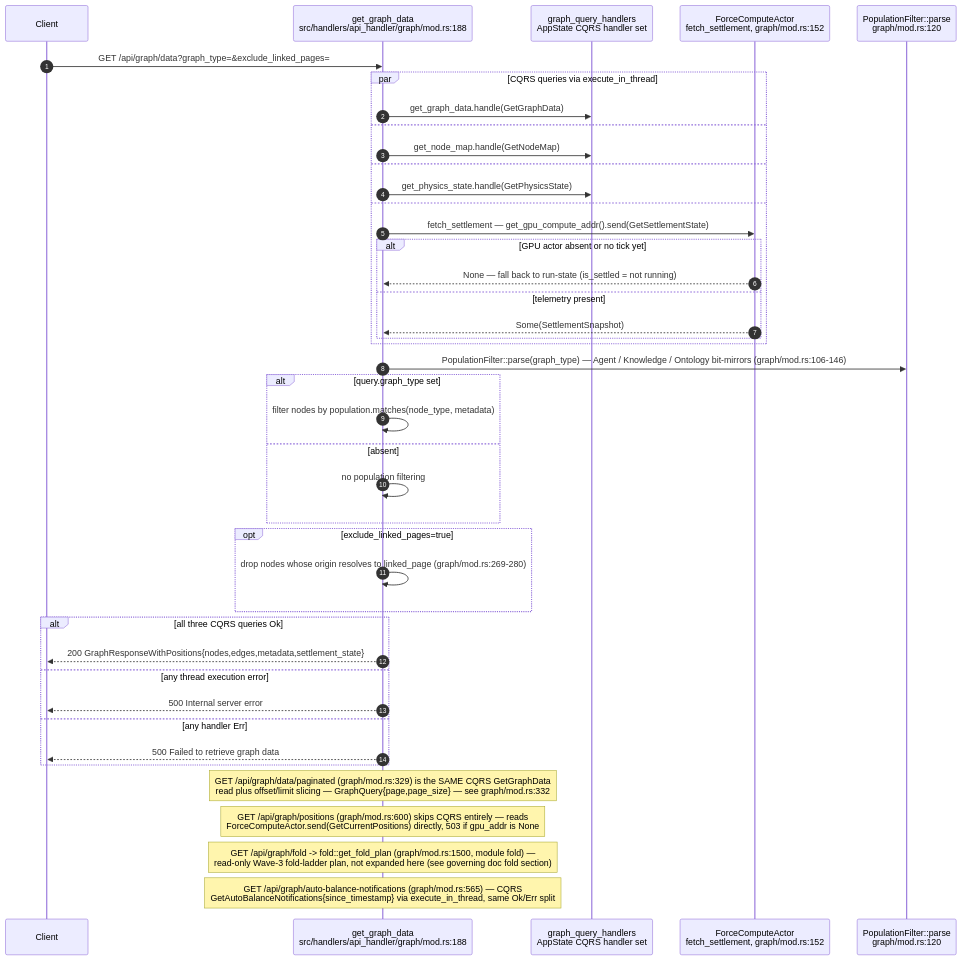
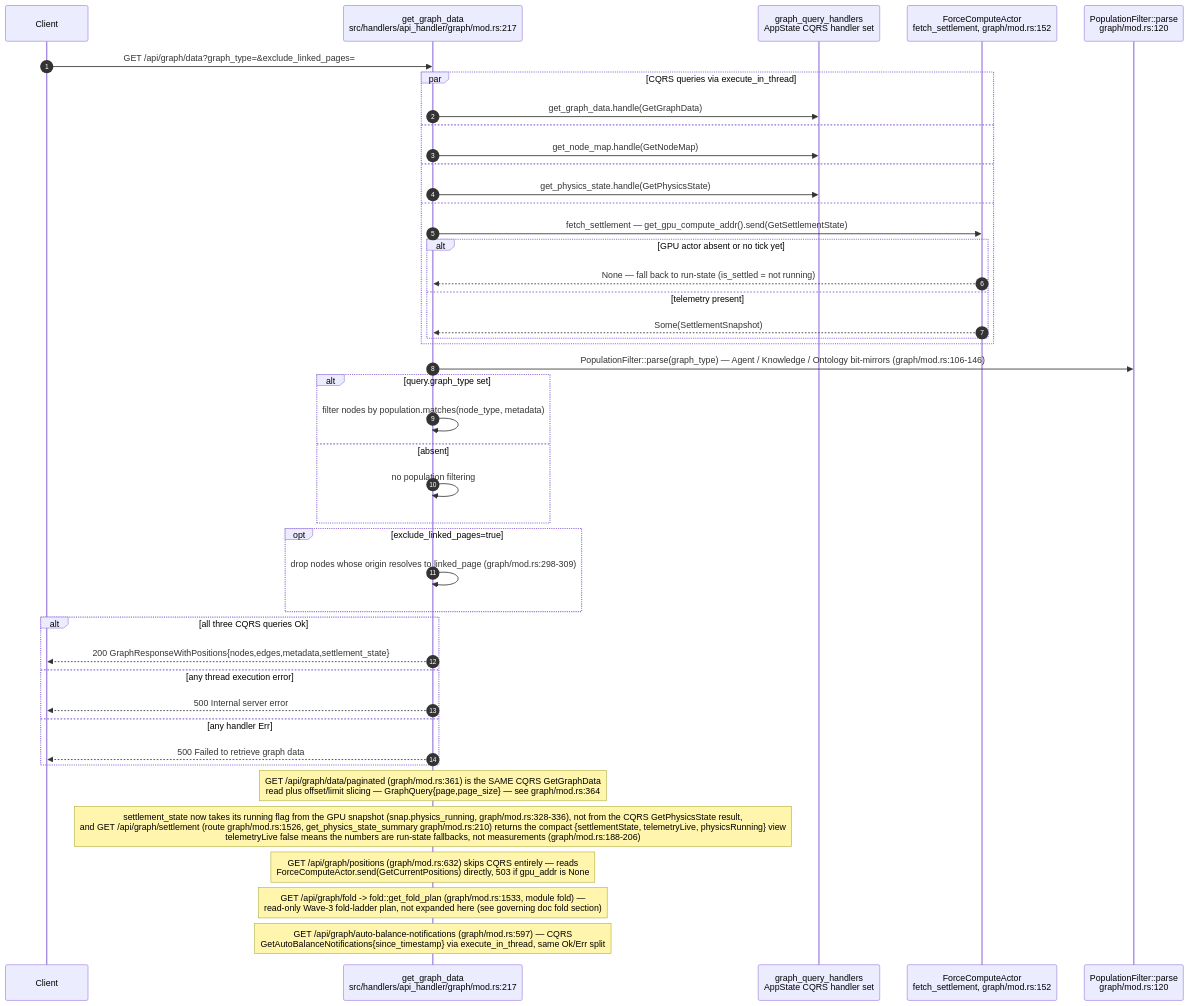
One commit to DreamLab-AI/VisionFlow changed the first of 23 diagrams in docs/diagrams/visionclaw/04-handlers-graph-and-state.md. Above: the diagram before and after it, drawn with Mermaid. The commit also changed other lines of this file and 160 other files, not shown here.

````diff
--- a/docs/diagrams/visionclaw/04-handlers-graph-and-state.md
+++ b/docs/diagrams/visionclaw/04-handlers-graph-and-state.md
@@ -59,45 +59,46 @@
 ```mermaid
 sequenceDiagram
     autonumber
     participant C as Client
-    participant H as get_graph_data<br/>src/handlers/api_handler/graph/mod.rs:188
+    participant H as get_graph_data<br/>src/handlers/api_handler/graph/mod.rs:217
     participant QH as graph_query_handlers<br/>AppState CQRS handler set
     participant GPU as ForceComputeActor<br/>fetch_settlement, graph/mod.rs:152
     participant POP as PopulationFilter::parse<br/>graph/mod.rs:120
 
     C->>H: GET /api/graph/data?graph_type=&exclude_linked_pages=
     par CQRS queries via execute_in_thread
         H->>QH: get_graph_data.handle(GetGraphData)
     and
         H->>QH: get_node_map.handle(GetNodeMap)
     and
         H->>QH: get_physics_state.handle(GetPhysicsState)
     and
         H->>GPU: fetch_settlement — get_gpu_compute_addr().send(GetSettlementState)
         alt GPU actor absent or no tick yet
             GPU-->>H: None — fall back to run-state (is_settled = not running)
         else telemetry present
             GPU-->>H: Some(SettlementSnapshot)
         end
     end
     H->>POP: PopulationFilter::parse(graph_type) — Agent / Knowledge / Ontology bit-mirrors (graph/mod.rs:106-146)
     alt query.graph_type set
         H->>H: filter nodes by population.matches(node_type, metadata)
     else absent
         H->>H: no population filtering
     end
     opt exclude_linked_pages=true
-        H->>H: drop nodes whose origin resolves to linked_page (graph/mod.rs:269-280)
+        H->>H: drop nodes whose origin resolves to linked_page (graph/mod.rs:298-309)
     end
     alt all three CQRS queries Ok
         H-->>C: 200 GraphResponseWithPositions{nodes,edges,metadata,settlement_state}
     else any thread execution error
         H-->>C: 500 Internal server error
     else any handler Err
         H-->>C: 500 Failed to retrieve graph data
     end
-    Note over H: GET /api/graph/data/paginated (graph/mod.rs:329) is the SAME CQRS GetGraphData<br/>read plus offset/limit slicing — GraphQuery{page,page_size} — see graph/mod.rs:332
-    Note over H: GET /api/graph/positions (graph/mod.rs:600) skips CQRS entirely — reads<br/>ForceComputeActor.send(GetCurrentPositions) directly, 503 if gpu_addr is None
-    Note over H: GET /api/graph/fold -> fold::get_fold_plan (graph/mod.rs:1500, module fold) —<br/>read-only Wave-3 fold-ladder plan, not expanded here (see governing doc fold section)
-    Note over H: GET /api/graph/auto-balance-notifications (graph/mod.rs:565) — CQRS<br/>GetAutoBalanceNotifications{since_timestamp} via execute_in_thread, same Ok/Err split
+    Note over H: GET /api/graph/data/paginated (graph/mod.rs:361) is the SAME CQRS GetGraphData<br/>read plus offset/limit slicing — GraphQuery{page,page_size} — see graph/mod.rs:364
+    Note over H: settlement_state now takes its running flag from the GPU snapshot (snap.physics_running, graph/mod.rs:328-336), not from the CQRS GetPhysicsState result,<br/>and GET /api/graph/settlement (route graph/mod.rs:1526, get_physics_state_summary graph/mod.rs:210) returns the compact {settlementState, telemetryLive, physicsRunning} view<br/>telemetryLive false means the numbers are run-state fallbacks, not measurements (graph/mod.rs:188-206)
+    Note over H: GET /api/graph/positions (graph/mod.rs:632) skips CQRS entirely — reads<br/>ForceComputeActor.send(GetCurrentPositions) directly, 503 if gpu_addr is None
+    Note over H: GET /api/graph/fold -> fold::get_fold_plan (graph/mod.rs:1533, module fold) —<br/>read-only Wave-3 fold-ladder plan, not expanded here (see governing doc fold section)
+    Note over H: GET /api/graph/auto-balance-notifications (graph/mod.rs:597) — CQRS<br/>GetAutoBalanceNotifications{since_timestamp} via execute_in_thread, same Ok/Err split
 ```
````
